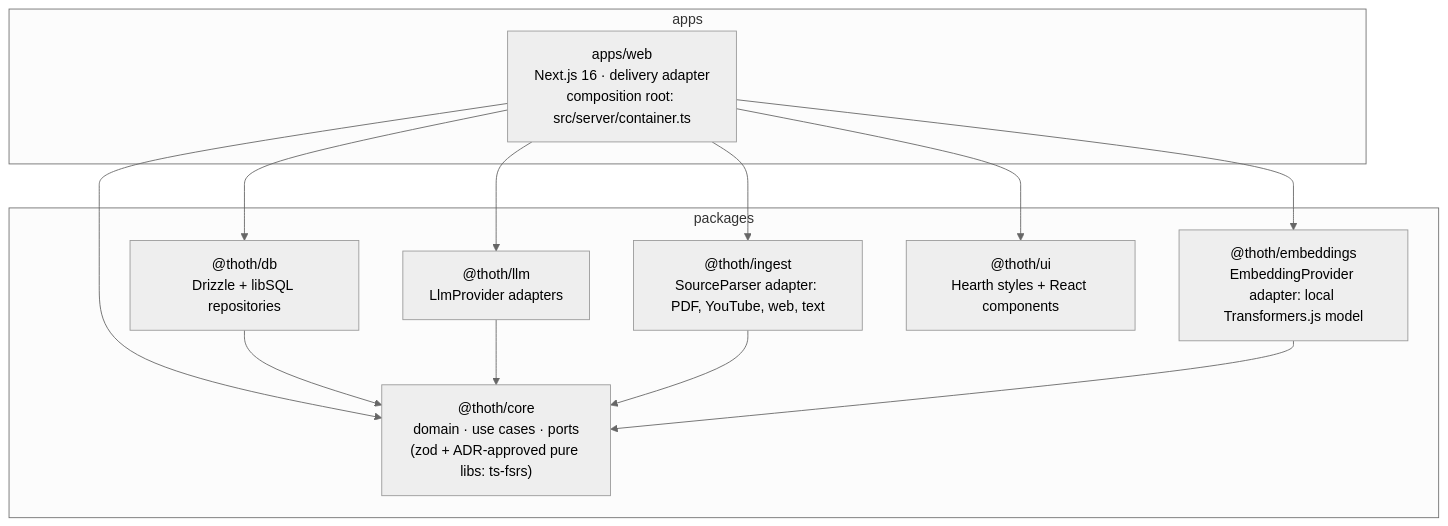
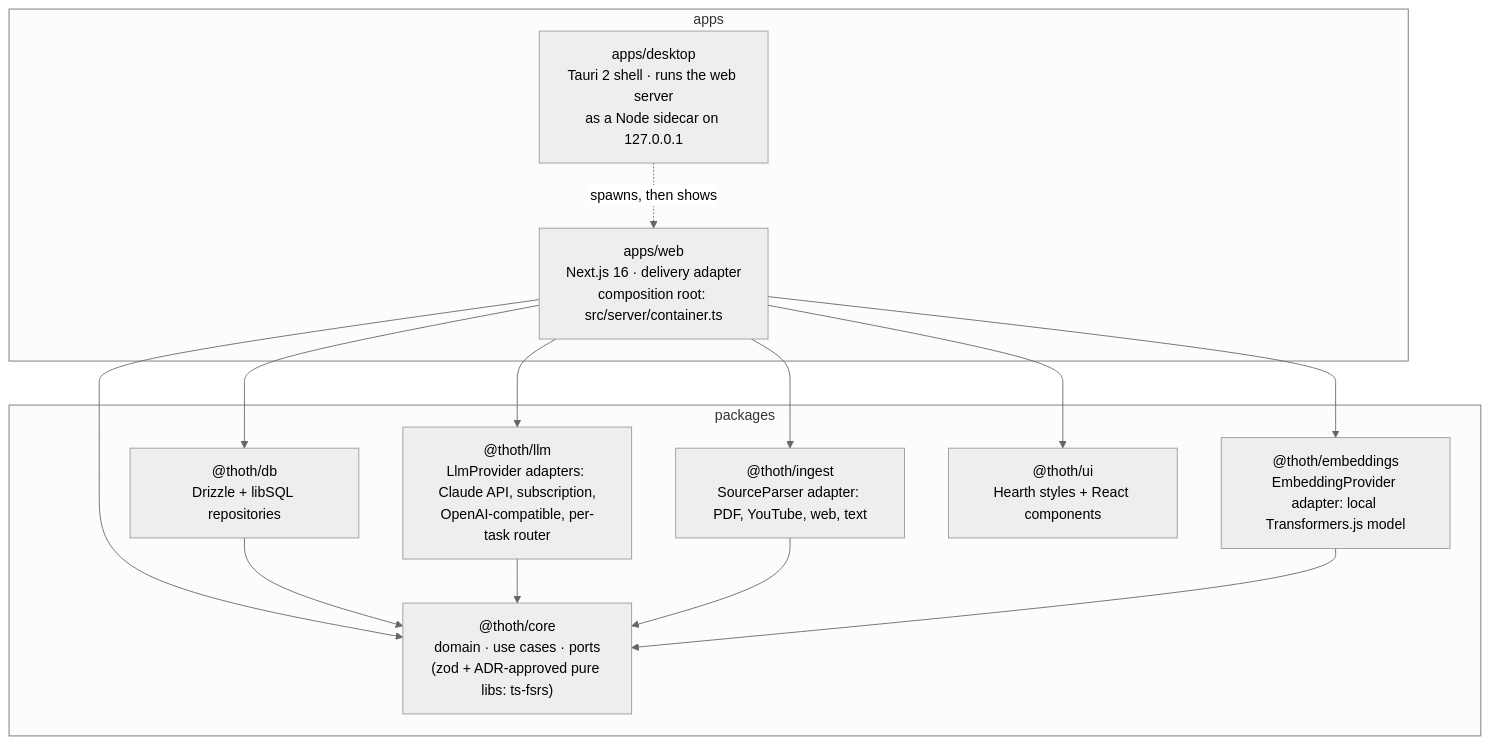
One commit to huannguyen2114/thoth changed the second of 3 diagrams in docs/technical_design/01-architecture.md. Above: the diagram before and after it, drawn with Mermaid (neutral theme). The commit also changed other lines of this file and 13 other files, not shown here.

Commit message:
docs: number Phase 10 ADRs 0040-0043, update architecture, roadmap and docs index, close Phase 10

````diff
--- a/docs/technical_design/01-architecture.md
+++ b/docs/technical_design/01-architecture.md
@@ -24,24 +24,26 @@
 ```mermaid
 flowchart TD
   subgraph apps
     web["apps/web<br/>Next.js 16 · delivery adapter<br/>composition root: src/server/container.ts"]
+    desktop["apps/desktop<br/>Tauri 2 shell · runs the web server<br/>as a Node sidecar on 127.0.0.1"]
   end
+  desktop -. "spawns, then shows" .-> web
   subgraph packages
     core["@thoth/core<br/>domain · use cases · ports<br/>(zod + ADR-approved pure libs: ts-fsrs)"]
     db["@thoth/db<br/>Drizzle + libSQL repositories"]
-    llm["@thoth/llm<br/>LlmProvider adapters"]
+    llm["@thoth/llm<br/>LlmProvider adapters: Claude API, subscription,<br/>OpenAI-compatible, per-task router"]
     ingest["@thoth/ingest<br/>SourceParser adapter: PDF, YouTube, web, text"]
     embeddings["@thoth/embeddings<br/>EmbeddingProvider adapter: local Transformers.js model"]
     ui["@thoth/ui<br/>Hearth styles + React components"]
   end
   web --> core
   web --> db
   web --> llm
   web --> ingest
   web --> embeddings
   web --> ui
   db --> core
   llm --> core
   ingest --> core
   embeddings --> core
 ```
````
